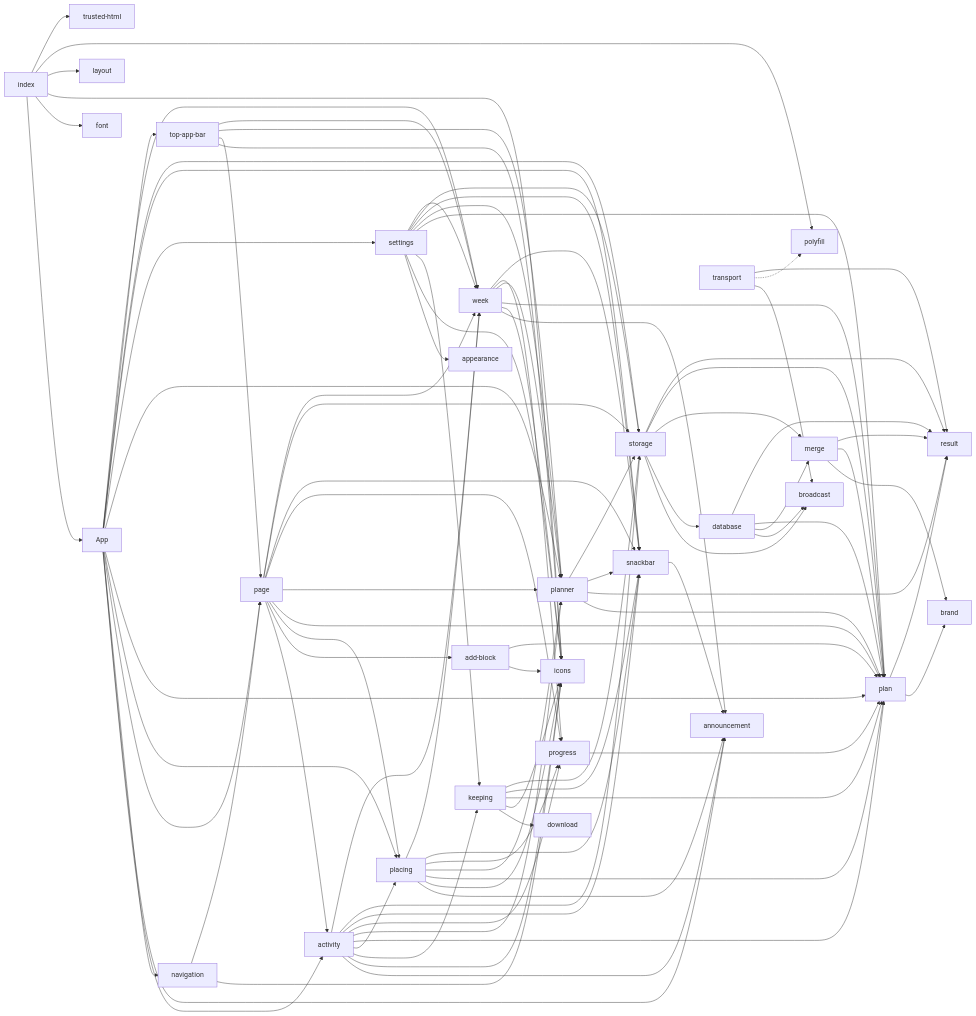
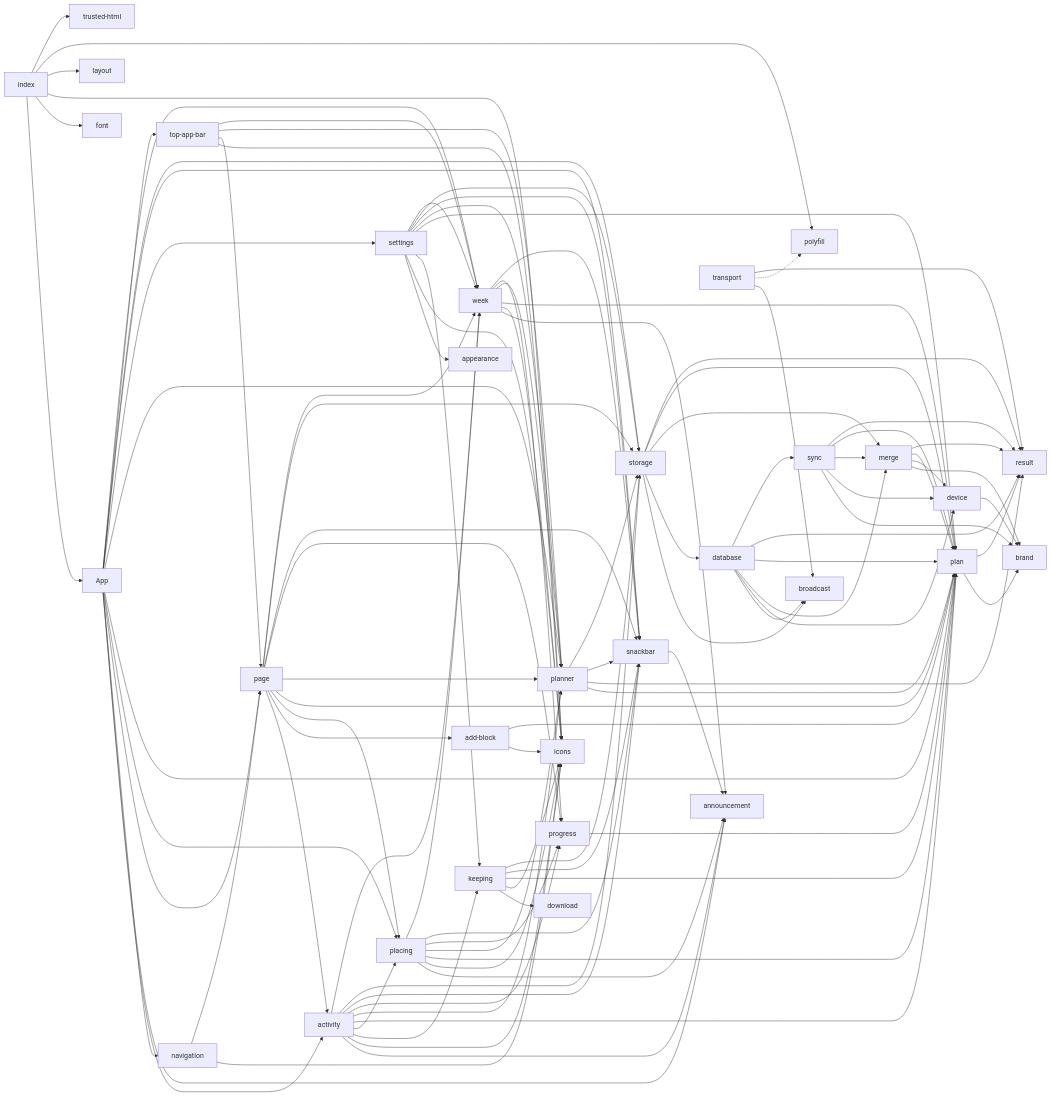
Before and after one commit to SantaClaas/week-budget-planner: the diagram in docs/MODULES.md, drawn with Mermaid. The commit also changed 24 other files, not shown here.

```diff
--- a/docs/MODULES.md
+++ b/docs/MODULES.md
@@ -16,6 +16,7 @@
   module_brand["brand"]
   module_broadcast["broadcast"]
   module_database["database"]
+  module_device["device"]
   module_download["download"]
   module_font["font"]
   module_icons["icons"]
@@ -34,6 +35,7 @@
   module_settings["settings"]
   module_snackbar["snackbar"]
   module_storage["storage"]
+  module_sync["sync"]
   module_top_app_bar["top-app-bar"]
   module_transport["transport"]
   module_trusted_html["trusted-html"]
@@ -63,9 +65,12 @@
   module_App --> module_top_app_bar
   module_App --> module_week
   module_database --> module_broadcast
+  module_database --> module_device
   module_database --> module_merge
   module_database --> module_plan
   module_database --> module_result
+  module_database --> module_sync
+  module_device --> module_brand
   module_index --> module_App
   module_index --> module_font
   module_index --> module_icons
@@ -78,6 +83,7 @@
   module_keeping --> module_snackbar
   module_keeping --> module_storage
   module_merge --> module_brand
+  module_merge --> module_device
   module_merge --> module_plan
   module_merge --> module_result
   module_navigation --> module_icons
@@ -119,6 +125,11 @@
   module_storage --> module_merge
   module_storage --> module_plan
   module_storage --> module_result
+  module_sync --> module_brand
+  module_sync --> module_device
+  module_sync --> module_merge
+  module_sync --> module_plan
+  module_sync --> module_result
   module_top_app_bar --> module_icons
   module_top_app_bar --> module_page
   module_top_app_bar --> module_planner
```
